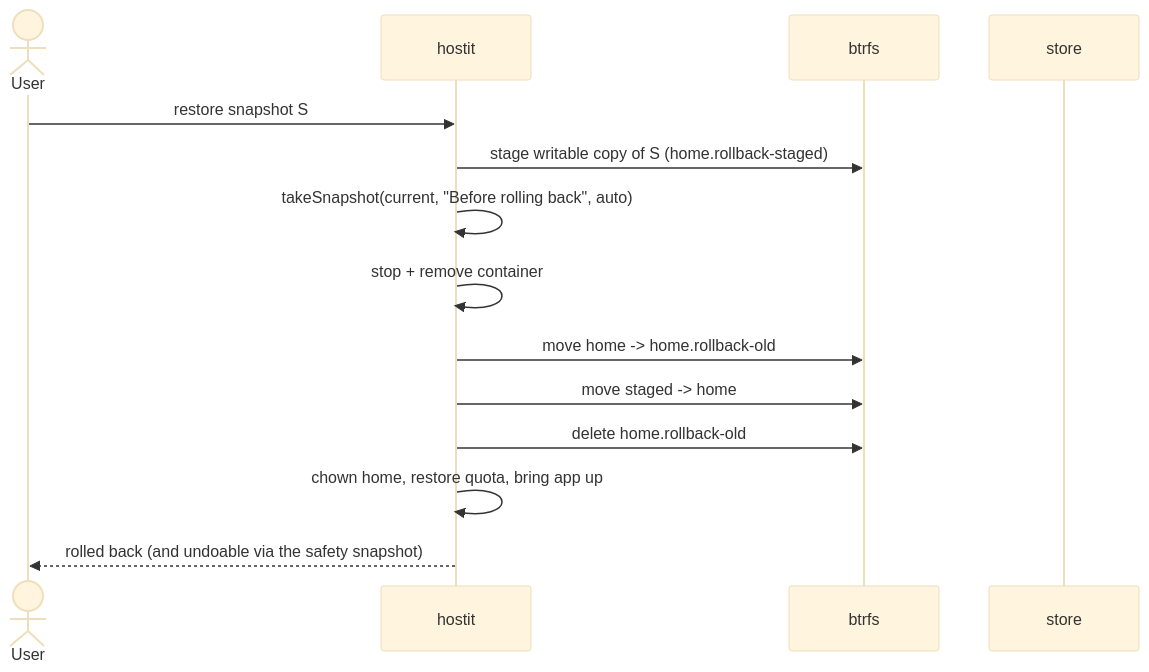
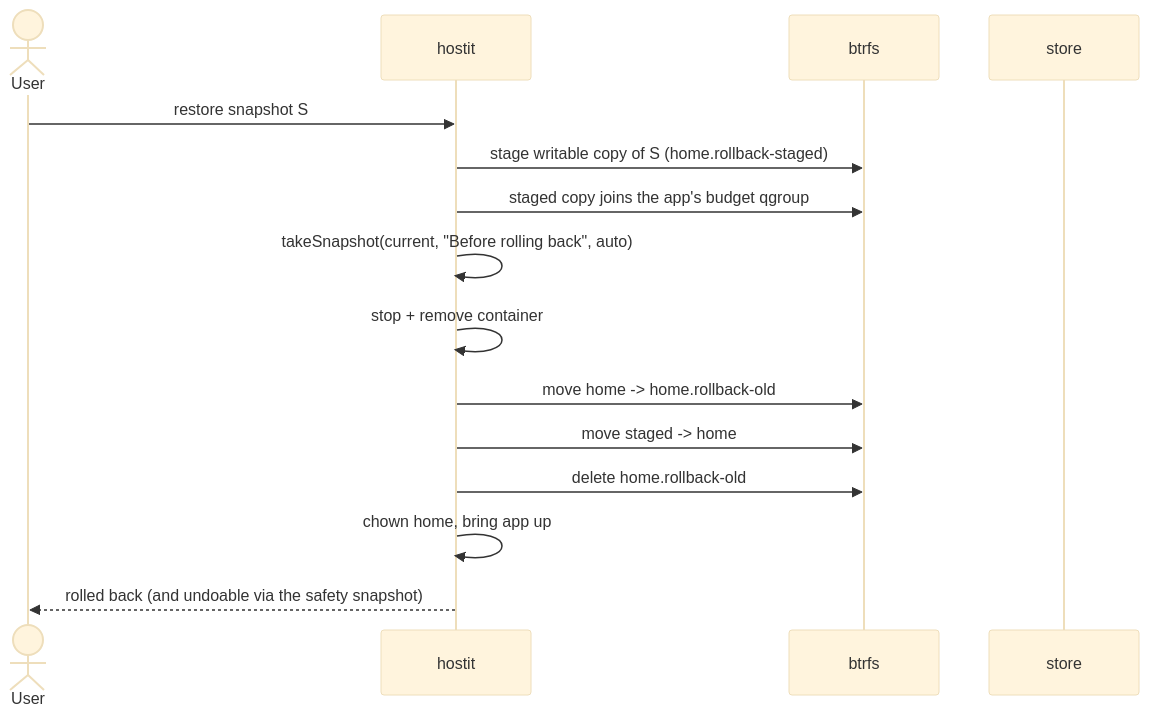
The diagram in docs/features/snapshots-rollback.md (binwiederhier/hostit), drawn with Mermaid (base theme) before and after one commit. The commit also changed other lines of this file and 20 other files, not shown here.

````diff
--- a/docs/features/snapshots-rollback.md
+++ b/docs/features/snapshots-rollback.md
@@ -61,16 +62,17 @@
 ```mermaid
 sequenceDiagram
     actor User
     participant hostit
     participant btrfs
     participant store
     User->>hostit: restore snapshot S
     hostit->>btrfs: stage writable copy of S (home.rollback-staged)
+    hostit->>btrfs: staged copy joins the app's budget qgroup
     hostit->>hostit: takeSnapshot(current, "Before rolling back", auto)
     hostit->>hostit: stop + remove container
     hostit->>btrfs: move home -> home.rollback-old
     hostit->>btrfs: move staged -> home
     hostit->>btrfs: delete home.rollback-old
-    hostit->>hostit: chown home, restore quota, bring app up
+    hostit->>hostit: chown home, bring app up
     hostit-->>User: rolled back (and undoable via the safety snapshot)
 ```
````
